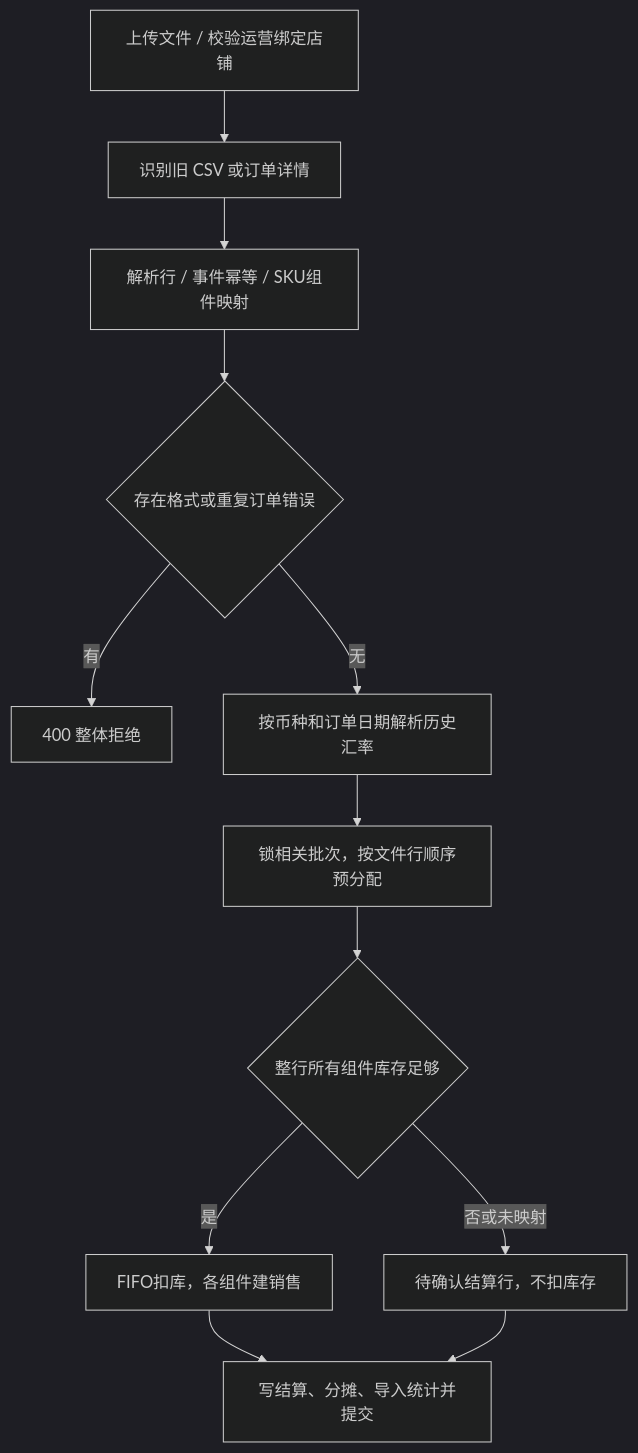
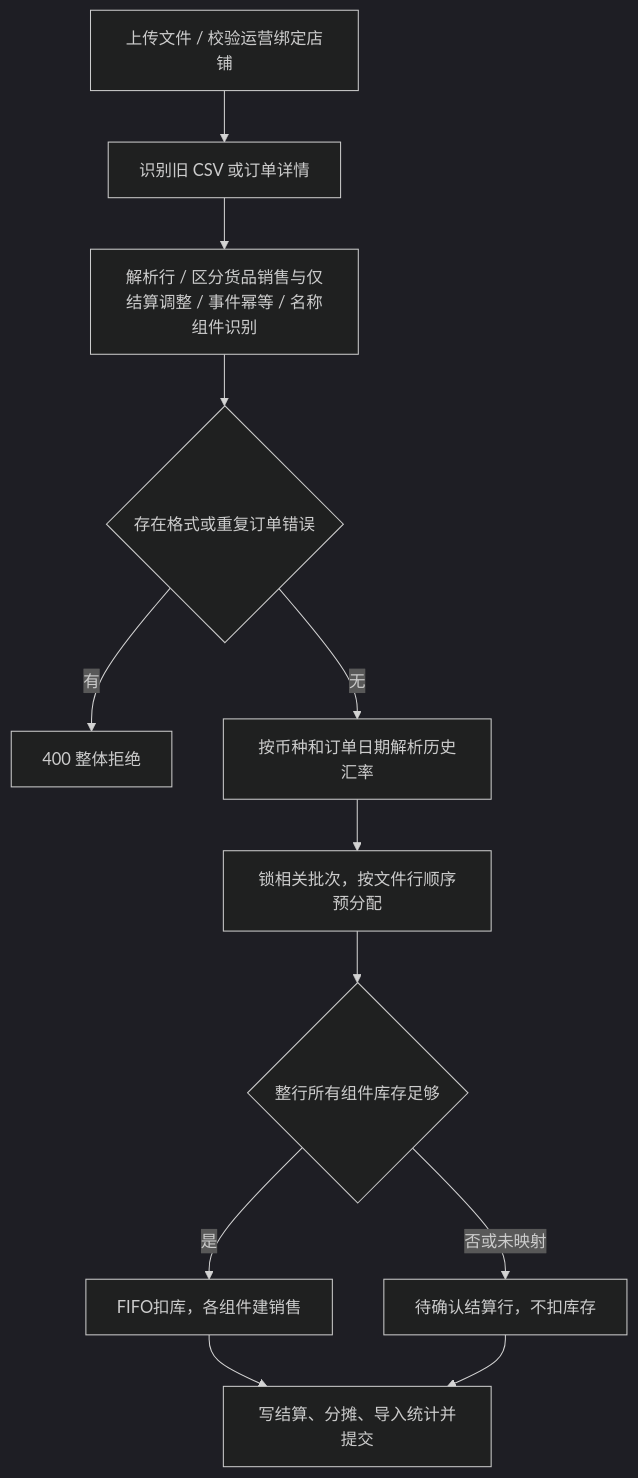
One commit to yueweiit/FastAPIProject changed the first of 2 diagrams in docs/modules/sales/workflow.md. Above: the diagram before and after it, drawn with Mermaid (dark theme). The commit also changed other lines of this file and 19 other files, not shown here.

````diff
--- a/docs/modules/sales/workflow.md
+++ b/docs/modules/sales/workflow.md
@@ -67,14 +97,14 @@
 ```mermaid
 flowchart TD
     A["上传文件 / 校验运营绑定店铺"] --> B["识别旧 CSV 或订单详情"]
-    B --> C["解析行 / 事件幂等 / SKU组件映射"]
+    B --> C["解析行 / 区分货品销售与仅结算调整 / 事件幂等 / 名称组件识别"]
     C --> D{"存在格式或重复订单错误"}
     D -->|"有"| E["400 整体拒绝"]
     D -->|"无"| F["按币种和订单日期解析历史汇率"]
     F --> G["锁相关批次，按文件行顺序预分配"]
     G --> H{"整行所有组件库存足够"}
     H -->|"是"| I["FIFO扣库，各组件建销售"]
     H -->|"否或未映射"| J["待确认结算行，不扣库存"]
     I --> K["写结算、分摊、导入统计并提交"]
     J --> K
 ```
````
